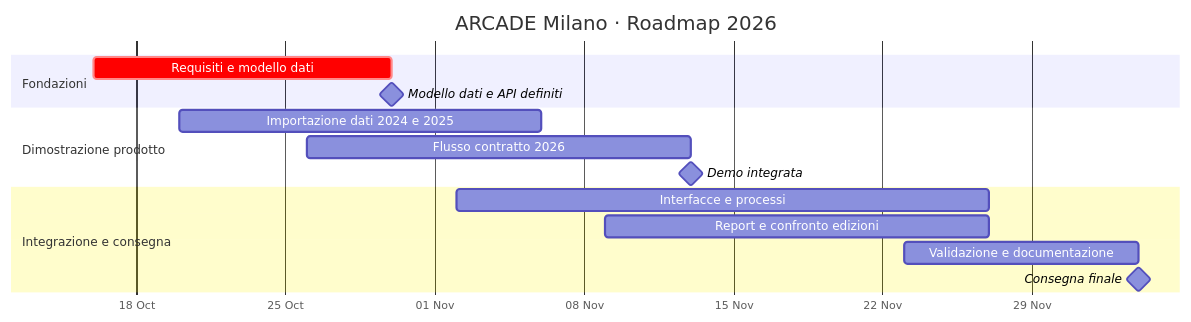
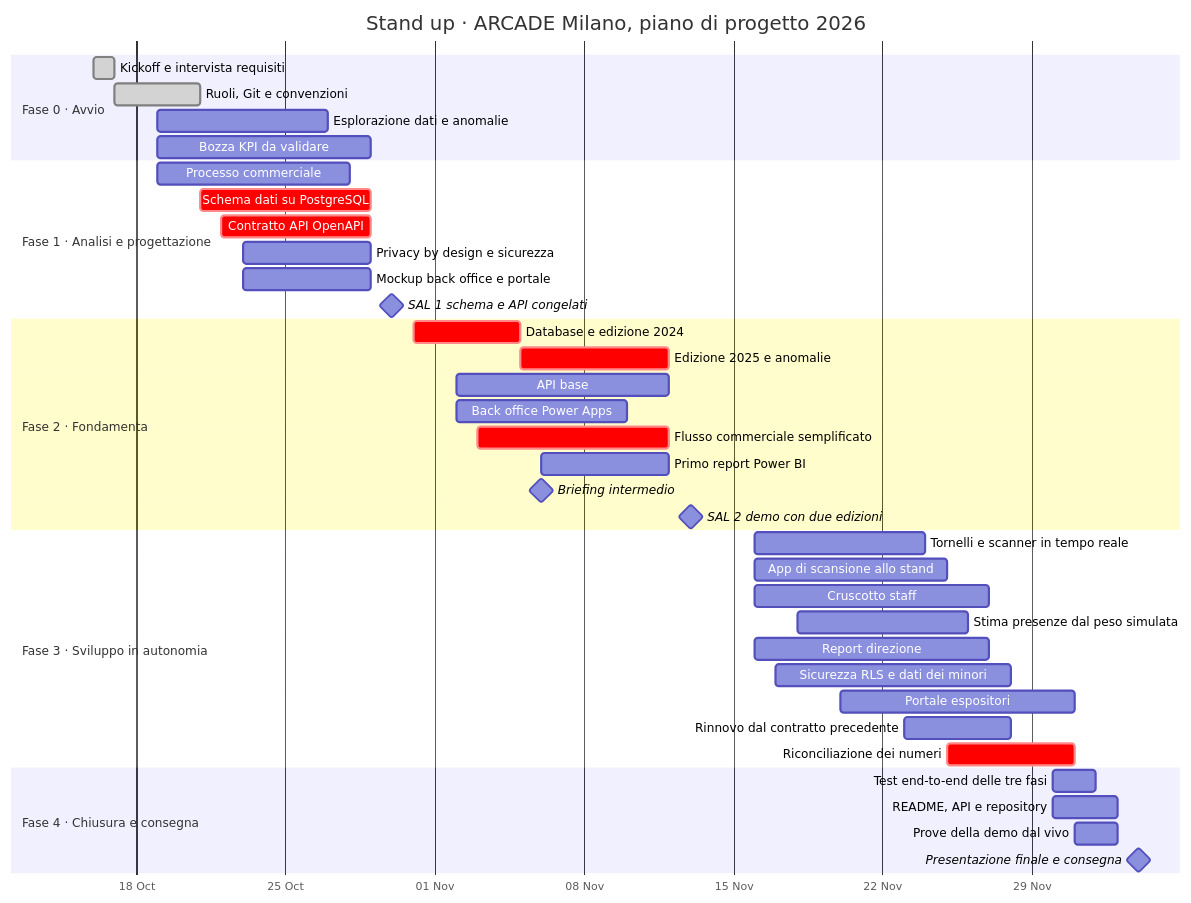
One commit to stand-up-arcade-milan/Standup-platform changed the fifth of 5 diagrams in README.md. Above: the diagram before and after it, drawn with Mermaid. The commit also changed other lines of this file and 3 other files, not shown here.

Commit message:
docs: aggiorna piano, flusso commerciale, stima dal peso e privacy by design

````diff
--- a/README.md
+++ b/README.md
@@ -343,21 +407,47 @@
 ```mermaid
 gantt
-    title ARCADE Milano · Roadmap 2026
+    title Stand up · ARCADE Milano, piano di progetto 2026
     dateFormat YYYY-MM-DD
     axisFormat %d %b
 
-    section Fondazioni
-    Requisiti e modello dati       :crit, req, 2026-10-16, 2026-10-30
-    Modello dati e API definiti :milestone, sal1, 2026-10-30, 0d
+    section Fase 0 · Avvio
+    Kickoff e intervista requisiti        :done, a1, 2026-10-16, 1d
+    Ruoli, Git e convenzioni              :done, a2, 2026-10-17, 2026-10-21
+    Esplorazione dati e anomalie          :a3, 2026-10-19, 2026-10-27
+    Bozza KPI da validare                 :a4, 2026-10-19, 2026-10-29
 
-    section Dimostrazione prodotto
-    Importazione dati 2024 e 2025  :hist, 2026-10-20, 2026-11-06
-    Flusso contratto 2026         :contract, 2026-10-26, 2026-11-13
-    Demo integrata          :milestone, sal2, 2026-11-13, 0d
+    section Fase 1 · Analisi e progettazione
+    Processo commerciale                  :b1, 2026-10-19, 2026-10-28
+    Schema dati su PostgreSQL             :crit, b2, 2026-10-21, 2026-10-29
+    Contratto API OpenAPI                 :crit, b3, 2026-10-22, 2026-10-29
+    Privacy by design e sicurezza         :b4, 2026-10-23, 2026-10-29
+    Mockup back office e portale          :b5, 2026-10-23, 2026-10-29
+    SAL 1 schema e API congelati          :milestone, m1, 2026-10-30, 0d
 
-    section Integrazione e consegna
-    Interfacce e processi          :apps, 2026-11-02, 2026-11-27
-    Report e confronto edizioni    :reports, 2026-11-09, 2026-11-27
-    Validazione e documentazione   :docs, 2026-11-23, 2026-12-04
-    Consegna finale                :milestone, final, 2026-12-04, 0d
+    section Fase 2 · Fondamenta
+    Database e edizione 2024              :crit, c1, 2026-10-31, 2026-11-05
+    Edizione 2025 e anomalie              :crit, c2, 2026-11-05, 2026-11-12
+    API base                              :c3, 2026-11-02, 2026-11-12
+    Back office Power Apps                :c4, 2026-11-02, 2026-11-10
+    Flusso commerciale semplificato       :crit, c5, 2026-11-03, 2026-11-12
+    Primo report Power BI                 :c6, 2026-11-06, 2026-11-12
+    Briefing intermedio                   :milestone, m2, 2026-11-06, 0d
+    SAL 2 demo con due edizioni           :milestone, m3, 2026-11-13, 0d
+
+    section Fase 3 · Sviluppo in autonomia
+    Tornelli e scanner in tempo reale     :d1, 2026-11-16, 2026-11-24
+    App di scansione allo stand           :d2, 2026-11-16, 2026-11-25
+    Cruscotto staff                       :d3, 2026-11-16, 2026-11-27
+    Stima presenze dal peso simulata      :d9, 2026-11-18, 2026-11-26
+    Report direzione                      :d4, 2026-11-16, 2026-11-27
+    Sicurezza RLS e dati dei minori       :d5, 2026-11-17, 2026-11-28
+    Portale espositori                    :d6, 2026-11-20, 2026-12-01
+    Rinnovo dal contratto precedente      :d7, 2026-11-23, 2026-11-28
+    Riconciliazione dei numeri            :crit, d8, 2026-11-25, 2026-12-01
+
+    section Fase 4 · Chiusura e consegna
+    Test end-to-end delle tre fasi        :e1, 2026-11-30, 2026-12-02
+    README, API e repository              :e2, 2026-11-30, 2026-12-03
+    Prove della demo dal vivo             :e3, 2026-12-01, 2026-12-03
+    Presentazione finale e consegna       :milestone, m4, 2026-12-04, 0d
 ```
````
